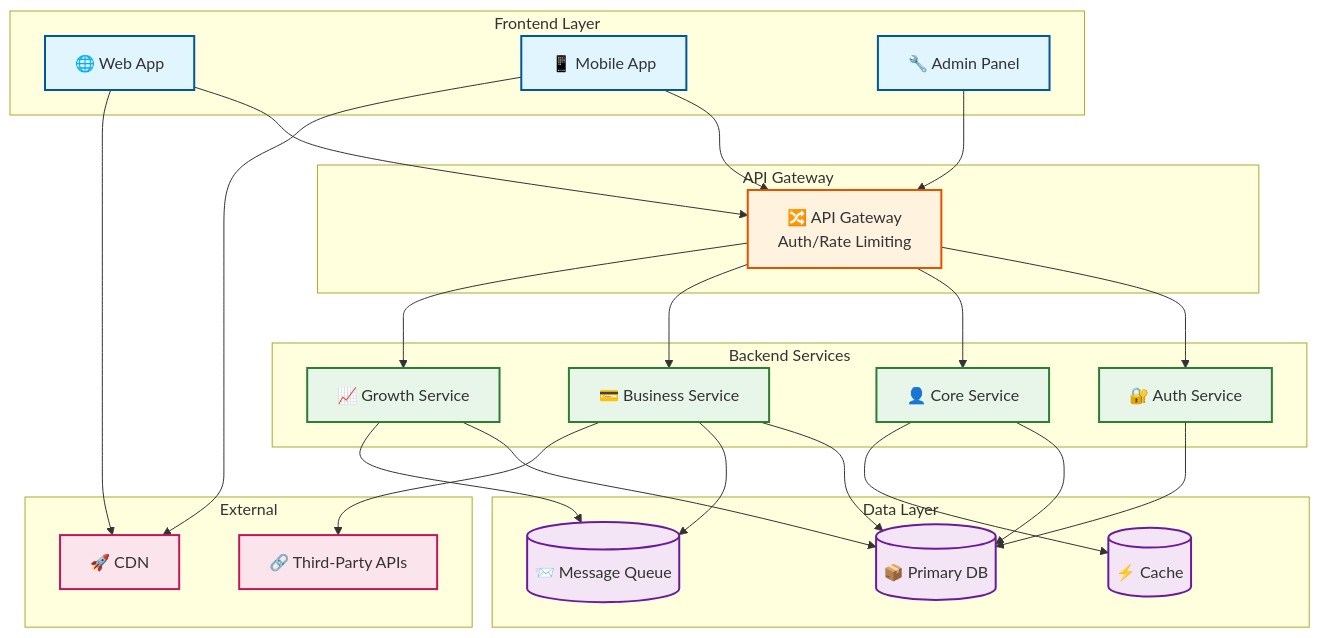
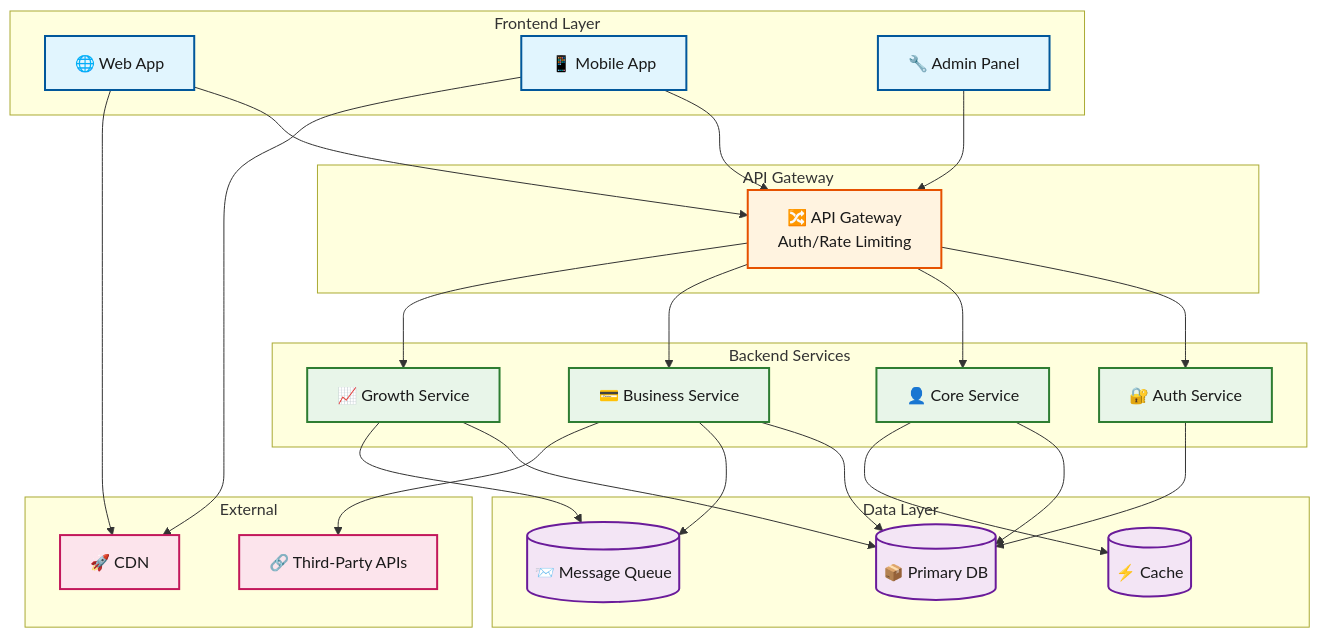
Before and after one commit to tikalk/adlc-team-skills: the second of 2 diagrams in skills/product/product-implement/templates/sections/overview.md, drawn with Mermaid. The commit also changed 11 other files, not shown here.

First line of the commit message:
fix: diagram classDefs missing color — dark text for light backgrounds

````diff
--- a/skills/product/product-implement/templates/sections/overview.md
+++ b/skills/product/product-implement/templates/sections/overview.md
@@ -78,63 +78,63 @@
 ```mermaid
 flowchart TB
     subgraph "Frontend Layer"
         Web["🌐 Web App"]
         Mobile["📱 Mobile App"]
         Admin["🔧 Admin Panel"]
     end
     
     subgraph "API Gateway"
         Gateway["🔀 API Gateway<br/>Auth/Rate Limiting"]
     end
     
     subgraph "Backend Services"
         AuthSvc["🔐 Auth Service"]
         CoreSvc["👤 Core Service"]
         BusinessSvc["💳 Business Service"]
         GrowthSvc["📈 Growth Service"]
     end
     
     subgraph "Data Layer"
         DB[("📦 Primary DB")]
         Cache[("⚡ Cache")]
         Queue[("📨 Message Queue")]
     end
     
     subgraph "External"
         ThirdParty["🔗 Third-Party APIs"]
         CDN["🚀 CDN"]
     end
     
     Web --> Gateway
     Mobile --> Gateway
     Admin --> Gateway
     
     Gateway --> AuthSvc
     Gateway --> CoreSvc
     Gateway --> BusinessSvc
     Gateway --> GrowthSvc
     
     AuthSvc --> DB
     CoreSvc --> DB
     CoreSvc --> Cache
     BusinessSvc --> DB
     BusinessSvc --> Queue
     GrowthSvc --> DB
     GrowthSvc --> Queue
     
     BusinessSvc --> ThirdParty
     Web --> CDN
     Mobile --> CDN
     
-    classDef frontend fill:#e1f5fe,stroke:#01579b,stroke-width:2px
-    classDef gateway fill:#fff3e0,stroke:#e65100,stroke-width:2px
-    classDef backend fill:#e8f5e9,stroke:#2e7d32,stroke-width:2px
-    classDef data fill:#f3e5f5,stroke:#6a1b9a,stroke-width:2px
-    classDef external fill:#fce4ec,stroke:#c2185b,stroke-width:2px
+    classDef frontend fill:#e1f5fe,stroke:#01579b,stroke-width:2px,color:#1a1a1a
+    classDef gateway fill:#fff3e0,stroke:#e65100,stroke-width:2px,color:#1a1a1a
+    classDef backend fill:#e8f5e9,stroke:#2e7d32,stroke-width:2px,color:#1a1a1a
+    classDef data fill:#f3e5f5,stroke:#6a1b9a,stroke-width:2px,color:#1a1a1a
+    classDef external fill:#fce4ec,stroke:#c2185b,stroke-width:2px,color:#1a1a1a
     
     class Web,Mobile,Admin frontend
     class Gateway gateway
     class AuthSvc,CoreSvc,BusinessSvc,GrowthSvc backend
     class DB,Cache,Queue data
     class ThirdParty,CDN external
 ```
````
